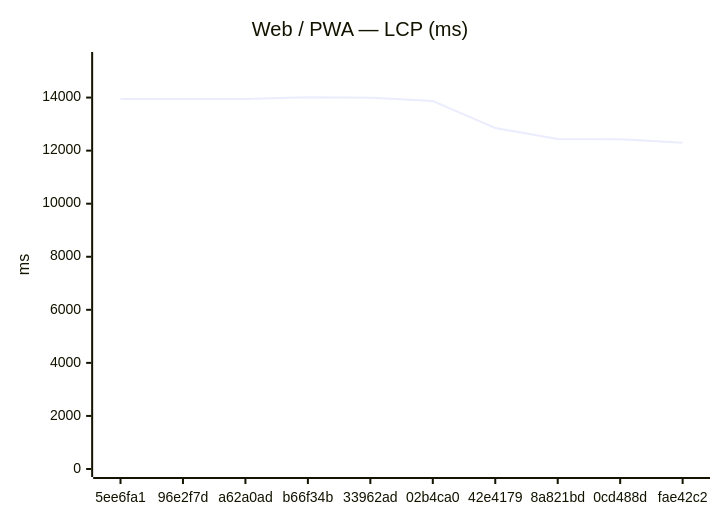
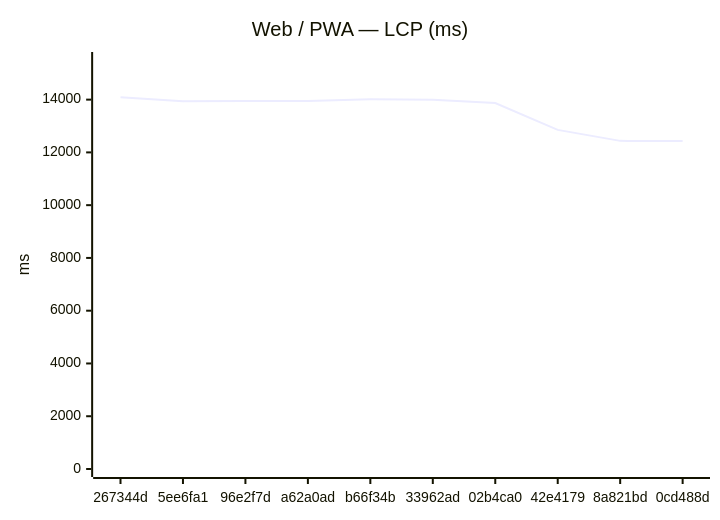
The first of 18 diagrams in benchmarks/compare.md (Metaheurist/Rianell), drawn with Mermaid before and after one commit. The commit also changed other lines of this file and 11 other files, not shown here.

````diff
--- a/benchmarks/compare.md
+++ b/benchmarks/compare.md
@@ -24,7 +24,7 @@
 ```mermaid
 xychart-beta
     title "Web / PWA — LCP (ms)"
-    x-axis ["5ee6fa1", "96e2f7d", "a62a0ad", "b66f34b", "33962ad", "02b4ca0", "42e4179", "8a821bd", "0cd488d", "fae42c2"]
-    y-axis "ms" 0 --> 15416
-    line [13942, 13945, 13945, 14014, 13997, 13868, 12854, 12437, 12430, 12295]
+    x-axis ["267344d", "5ee6fa1", "96e2f7d", "a62a0ad", "b66f34b", "33962ad", "02b4ca0", "42e4179", "8a821bd", "0cd488d"]
+    y-axis "ms" 0 --> 15502
+    line [14092, 13942, 13945, 13945, 14014, 13997, 13868, 12854, 12437, 12430]
 ```
````
